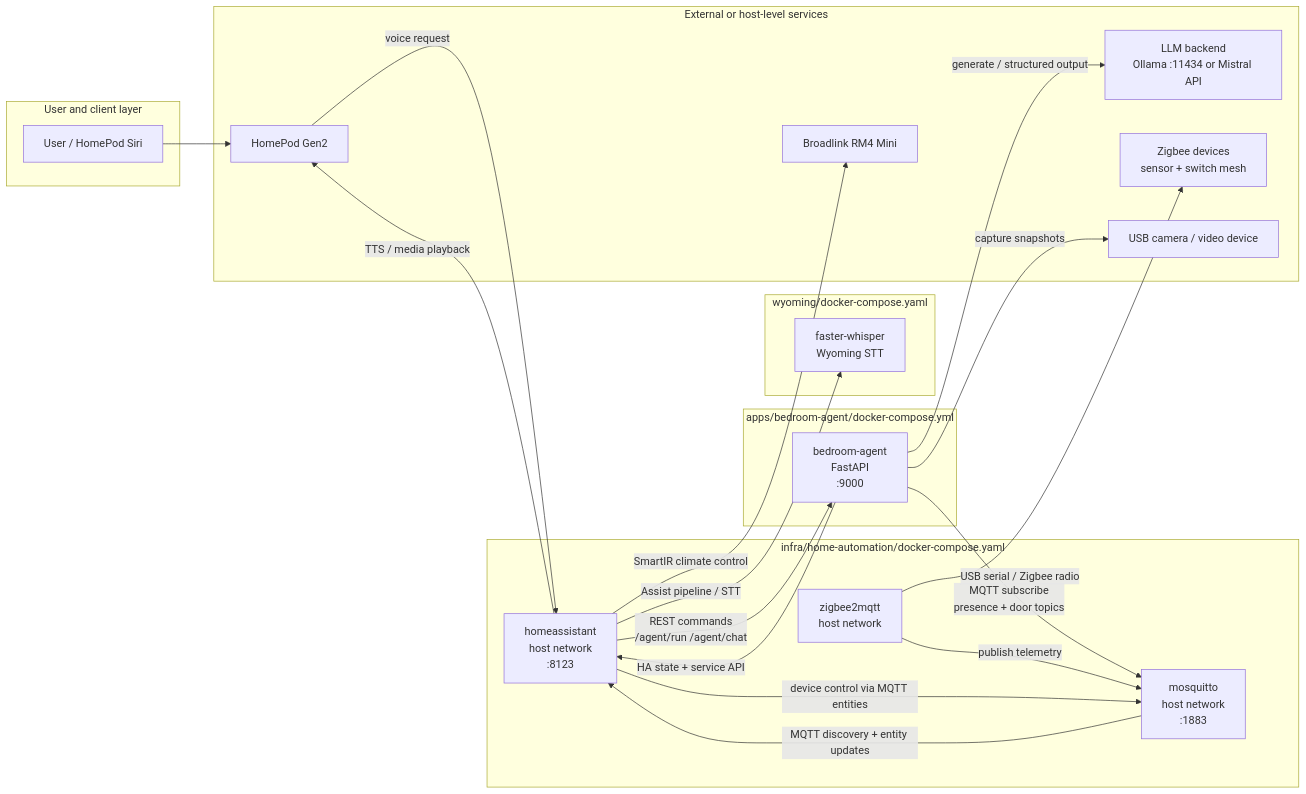
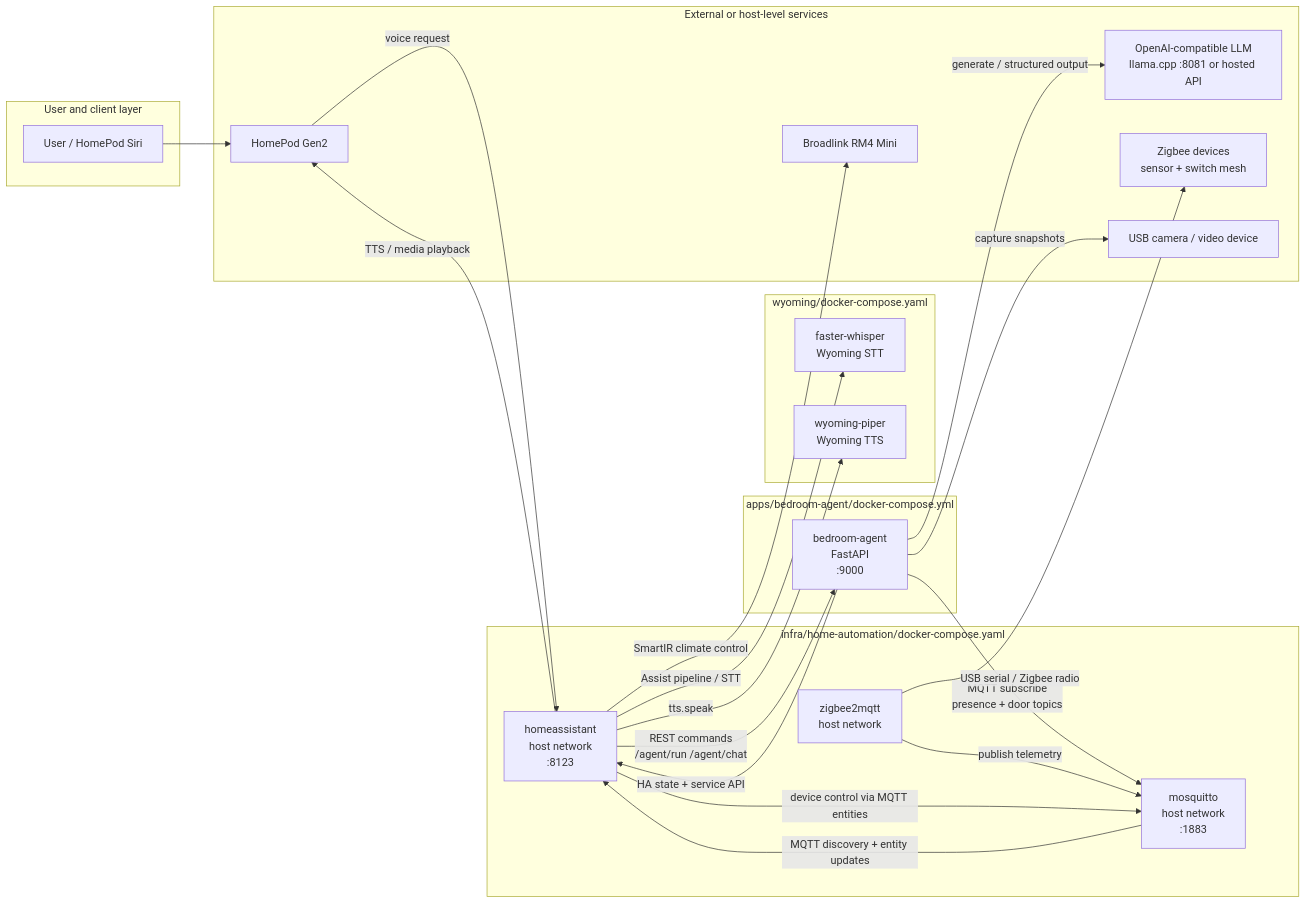
One commit to RohithSurya/bedroom-agent changed the diagram in docs/container_services.mmd. Above: the diagram before and after it, drawn with Mermaid. The commit also changed 6 other files, not shown here.

Commit message:
Add architecture diagrams

```diff
--- a/docs/container_services.mmd
+++ b/docs/container_services.mmd
@@ -1,47 +1,49 @@
 flowchart LR
   subgraph UserLayer["User and client layer"]
     User["User / HomePod Siri"]
   end
 
   subgraph HAStack["infra/home-automation/docker-compose.yaml"]
     HA["homeassistant\nhost network\n:8123"]
     MQTT["mosquitto\nhost network\n:1883"]
     Z2M["zigbee2mqtt\nhost network"]
   end
 
   subgraph AgentStack["apps/bedroom-agent/docker-compose.yml"]
     Agent["bedroom-agent\nFastAPI\n:9000"]
   end
 
   subgraph VoiceStack["wyoming/docker-compose.yaml"]
     Whisper["faster-whisper\nWyoming STT"]
+    Piper["wyoming-piper\nWyoming TTS"]
   end
 
   subgraph External["External or host-level services"]
-    LLM["LLM backend\nOllama :11434 or Mistral API"]
+    LLM["OpenAI-compatible LLM\nllama.cpp :8081 or hosted API"]
     Broadlink["Broadlink RM4 Mini"]
     HomePod["HomePod Gen2"]
     Zigbee["Zigbee devices\nsensor + switch mesh"]
     Camera["USB camera / video device"]
   end
 
   User --> HomePod
   HomePod -->|voice request| HA
   HA -->|TTS / media playback| HomePod
 
   HA -->|Assist pipeline / STT| Whisper
+  HA -->|tts.speak| Piper
 
   HA -->|REST commands\n/agent/run /agent/chat| Agent
   Agent -->|HA state + service API| HA
 
   Agent -->|MQTT subscribe\npresence + door topics| MQTT
   Z2M -->|publish telemetry| MQTT
   MQTT -->|MQTT discovery + entity updates| HA
 
   Z2M -->|USB serial / Zigbee radio| Zigbee
   HA -->|device control via MQTT entities| MQTT
 
   Agent -->|generate / structured output| LLM
   Agent -->|capture snapshots| Camera
 
   HA -->|SmartIR climate control| Broadlink
```
